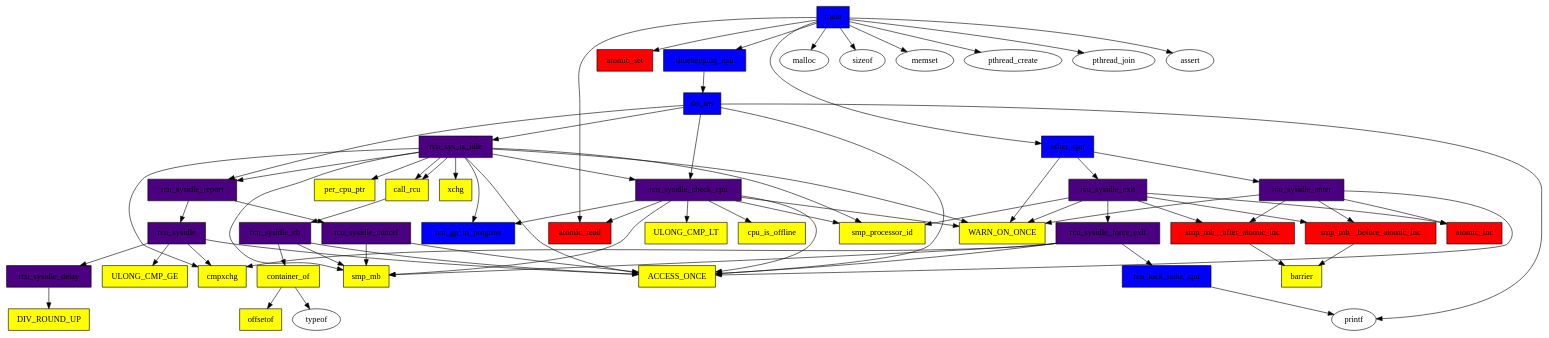
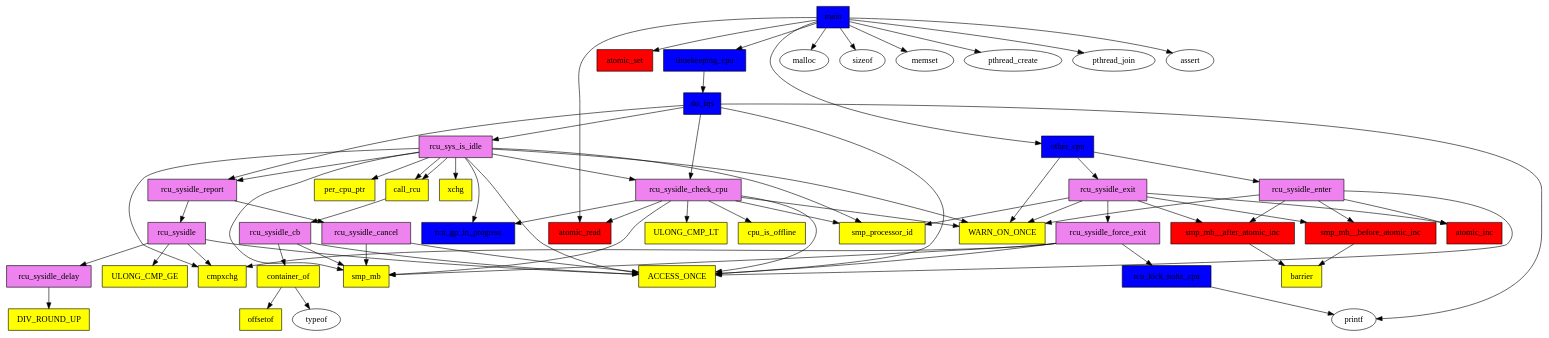
The diagram in src/sysidle_sat/call_graph_sat.dot (IanBriggs/Verification-Challenge-2-RCU-NO_HZ_FULL_SYSIDLE), drawn with Graphviz before and after one commit. The commit also changed 5 other files, not shown here.

```diff
--- a/src/sysidle_sat/call_graph_sat.dot
+++ b/src/sysidle_sat/call_graph_sat.dot
@@ -1,136 +1,136 @@
 digraph {
 
 // atomic_sat.h
 { node [shape=box style=filled fillcolor=red]
   atomic_read
   atomic_set
   atomic_inc
   smp_mb__before_atomic_inc
   smp_mb__after_atomic_inc	
 }
 
 
 // cmpxchg_32_sat.h
 { node [shape=box style=filled fillcolor=orange]
 
 }
 
 
 // fake_sat.h
 { node [shape=box style=filled fillcolor=yellow]
   ULONG_CMP_GE
   ULONG_CMP_LT
   xchg
   cmpxchg
   barrier
   ACCESS_ONCE
   smp_mb
   offsetof
   container_of
   DIV_ROUND_UP
   call_rcu
   smp_processor_id
   WARN_ON_ONCE
   cpu_is_offline
   per_cpu_ptr
 }
 
 
 // rcutree.h
 { node [shape=box style=filled fillcolor=green]
 
 }
 
 
 // sysidle_sat.c 
 { node [shape=box style=filled fillcolor=blue]
   rcu_kick_nohz_cpu
   rcu_gp_in_progress
   do_fqs
   timekeeping_cpu
   other_cpu  
   main
 }
 
 
 // sysidle.h
-{ node [shape=box style=filled fillcolor=indigo]
+{ node [shape=box style=filled fillcolor=violet]
   rcu_sysidle_enter
   rcu_sysidle_force_exit
   rcu_sysidle_exit
   rcu_sysidle_check_cpu
   rcu_sysidle_delay
   rcu_sysidle
   rcu_sysidle_cancel  
   rcu_sysidle_report
   rcu_sysidle_cb
   rcu_sys_is_idle
 }
 
 
 
 
 // atomic_sat.h
 smp_mb__before_atomic_inc -> { barrier }
 smp_mb__after_atomic_inc -> { barrier }
 
 
 // cmpxchg_32_sat.h
 
 
 
 // fake_sat.h
 container_of -> { typeof offsetof }
 
 
 // rcutree.h
 
 
 
 // sysidle_sat.c
 rcu_kick_nohz_cpu -> { printf }
 
 do_fqs -> { rcu_sysidle_check_cpu ACCESS_ONCE rcu_sysidle_report
        printf rcu_sys_is_idle }
 
 timekeeping_cpu -> { do_fqs }
 
 other_cpu -> { WARN_ON_ONCE rcu_sysidle_enter rcu_sysidle_exit }
 
 main -> { malloc sizeof memset atomic_set pthread_create timekeeping_cpu
      other_cpu pthread_join assert atomic_read }
 
 
 
 
 // sysidle.h
 rcu_sysidle_enter -> { WARN_ON_ONCE  ACCESS_ONCE smp_mb__before_atomic_inc
 		  atomic_inc smp_mb__after_atomic_inc }
 
 rcu_sysidle_force_exit -> { ACCESS_ONCE cmpxchg rcu_kick_nohz_cpu smp_mb }
 
 rcu_sysidle_exit -> { WARN_ON_ONCE smp_mb__before_atomic_inc atomic_inc
 		 smp_mb__after_atomic_inc smp_processor_id
 		 rcu_sysidle_force_exit }
 
 rcu_sysidle_check_cpu -> { cpu_is_offline rcu_gp_in_progress WARN_ON_ONCE
 		      smp_processor_id atomic_read smp_mb ACCESS_ONCE
 		      ULONG_CMP_LT }
 
 rcu_sysidle_delay -> { DIV_ROUND_UP }
 
 rcu_sysidle -> { ACCESS_ONCE  ULONG_CMP_GE rcu_sysidle_delay cmpxchg }
 
 rcu_sysidle_cancel -> { smp_mb ACCESS_ONCE }
 
 rcu_sysidle_report -> { rcu_sysidle rcu_sysidle_cancel }
 
 rcu_sysidle_cb -> { smp_mb container_of ACCESS_ONCE }
 
 rcu_sys_is_idle -> { ACCESS_ONCE WARN_ON_ONCE smp_processor_id per_cpu_ptr
 		rcu_sysidle_check_cpu rcu_sysidle_report cmpxchg smp_mb
 		rcu_gp_in_progress xchg call_rcu }
 
 rcu_sys_is_idle -> call_rcu -> rcu_sysidle_cb
 
 }
```
